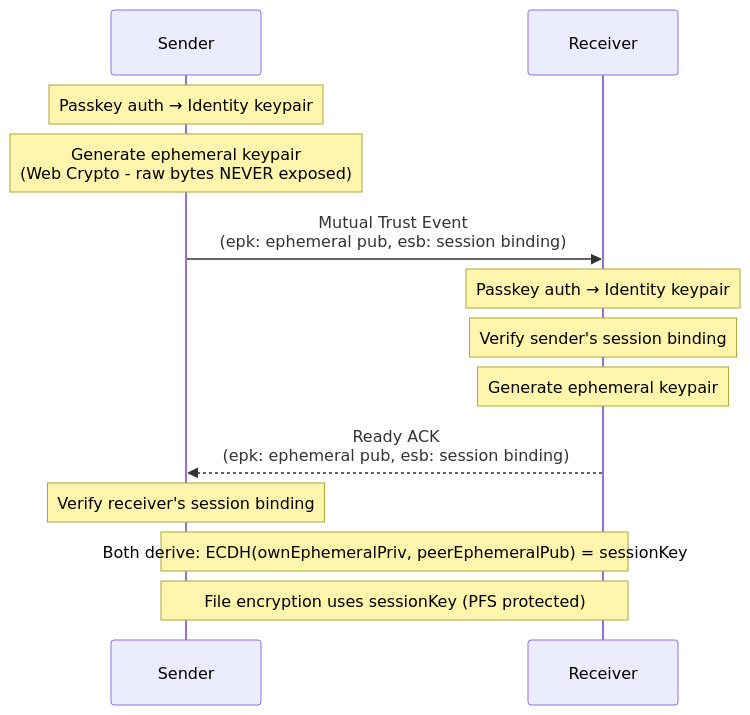
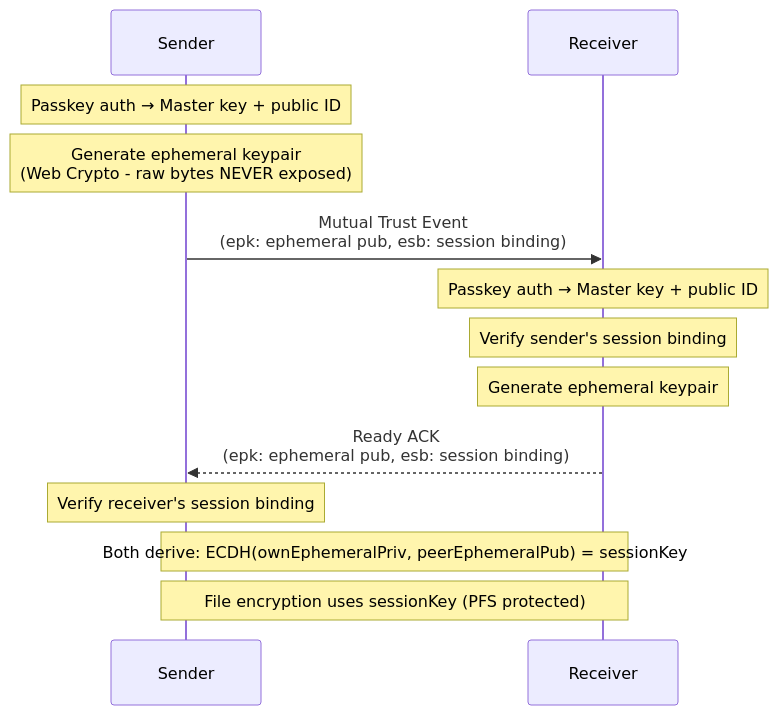
The sixth of 7 diagrams in docs/ARCHITECTURE.md (andrewtheguy/secure-send-web), drawn with Mermaid before and after one commit. The commit also changed other lines of this file and 11 other files, not shown here.

First line of the commit message:
refactor: update terminology from "public key" to "public ID" across the application

````diff
--- a/docs/ARCHITECTURE.md
+++ b/docs/ARCHITECTURE.md
@@ -198,15 +200,15 @@
 ```mermaid
 sequenceDiagram
     participant Sender
     participant Receiver
-    Note over Sender: Passkey auth → Identity keypair
+    Note over Sender: Passkey auth → Master key + public ID
     Note over Sender: Generate ephemeral keypair<br/>(Web Crypto - raw bytes NEVER exposed)
     Sender->>Receiver: Mutual Trust Event<br/>(epk: ephemeral pub, esb: session binding)
-    Note over Receiver: Passkey auth → Identity keypair
+    Note over Receiver: Passkey auth → Master key + public ID
     Note over Receiver: Verify sender's session binding
     Note over Receiver: Generate ephemeral keypair
     Receiver-->>Sender: Ready ACK<br/>(epk: ephemeral pub, esb: session binding)
     Note over Sender: Verify receiver's session binding
     Note over Sender,Receiver: Both derive: ECDH(ownEphemeralPriv, peerEphemeralPub) = sessionKey
     Note over Sender,Receiver: File encryption uses sessionKey (PFS protected)
 ```
````
